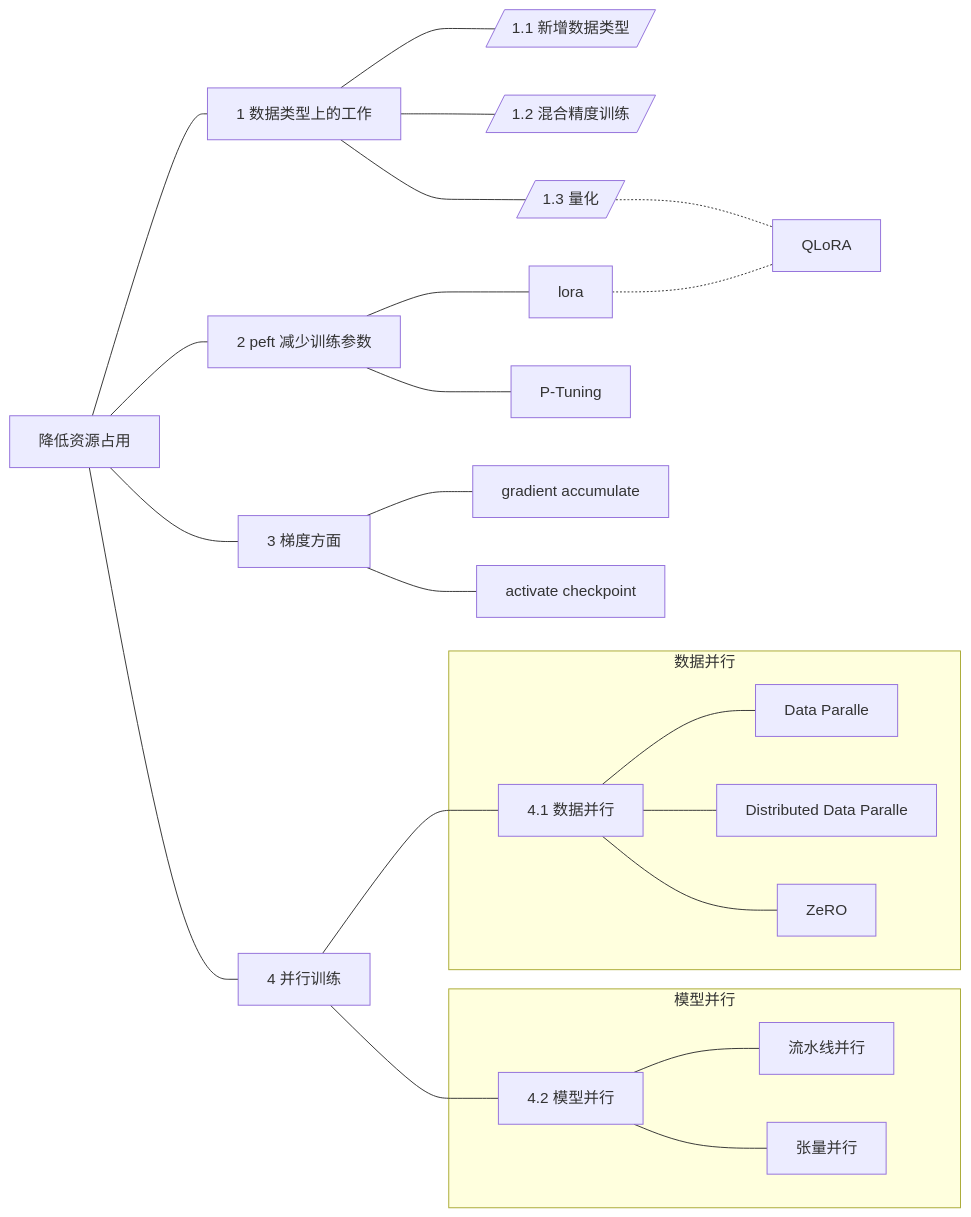
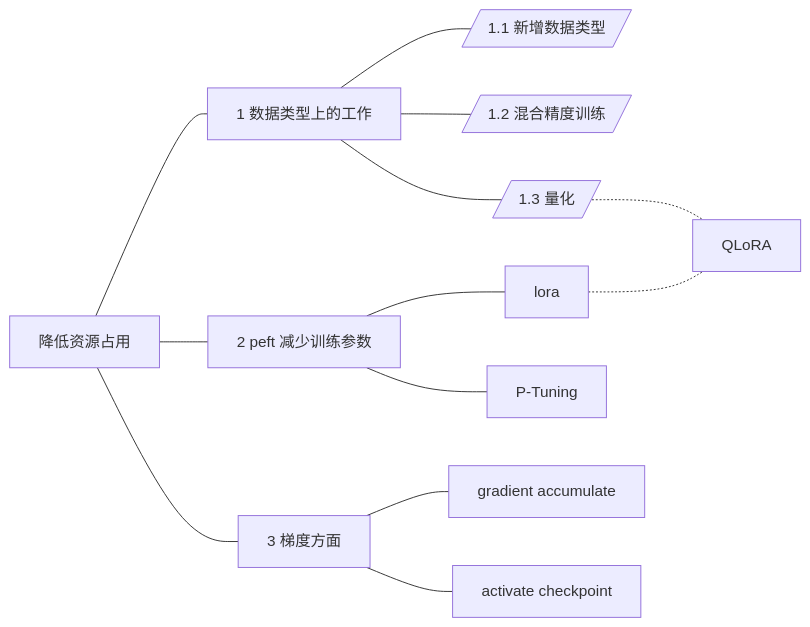
One commit to YanLin-Git/note changed the diagram in LLM/降低资源占用/README.md. Above: the diagram before and after it, drawn with Mermaid. The commit also changed other lines of this file and 12 other files, not shown here.

Commit message:
重新梳理并行训练部分，画出框架图

````diff
--- a/LLM/降低资源占用/README.md
+++ b/LLM/降低资源占用/README.md
@@ -6,39 +6,21 @@
 ```mermaid
 graph LR
     source[降低资源占用]
     data[1 数据类型上的工作]
     add[/1.1 新增数据类型/]
     mix[/1.2 混合精度训练/]
     quanti[/1.3 量化/]
     peft[2 peft 减少训练参数]
     lora[lora]
     PT[P-Tuning]
     QLoRA[QLoRA]
     g[3 梯度方面]
     ga[gradient accumulate]
     ac[activate checkpoint]
-    paralle[4 并行训练]
-    DataParalle[4.1 数据并行]
-    dp[Data Paralle]
-    ddp[Distributed Data Paralle]
-    ZeRO[ZeRO]
-    ModelParalle[4.2 模型并行]
-    Gpipe[流水线并行]
-    Megatron[张量并行]
 
-    source --- data & peft & g & paralle
+    source --- data & peft & g
     data --- add & mix & quanti
     peft --- lora & PT
     quanti & lora -.- QLoRA
     g --- ga & ac
-    paralle --- DataParalle & ModelParalle
-
-    subgraph 数据并行
-        DataParalle --- dp & ddp & ZeRO
-    end
-
-    subgraph 模型并行
-        ModelParalle --- Gpipe & Megatron
-    end
-
 ```
````
